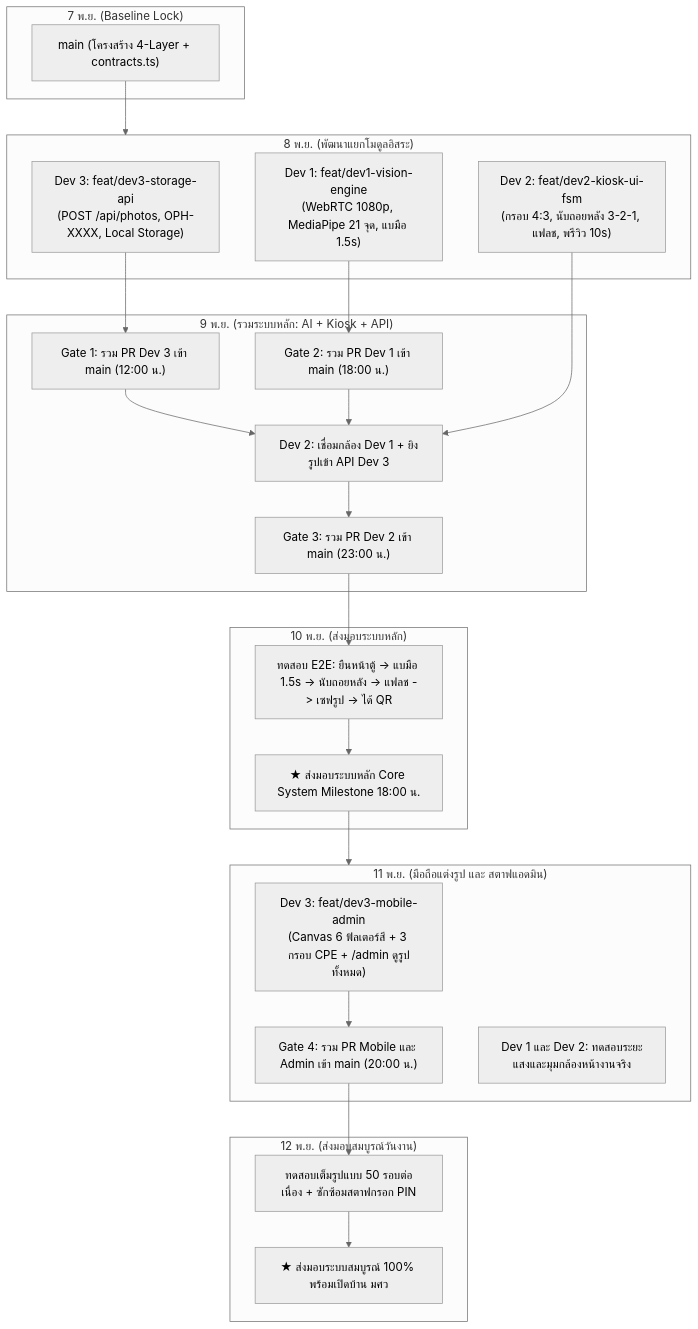
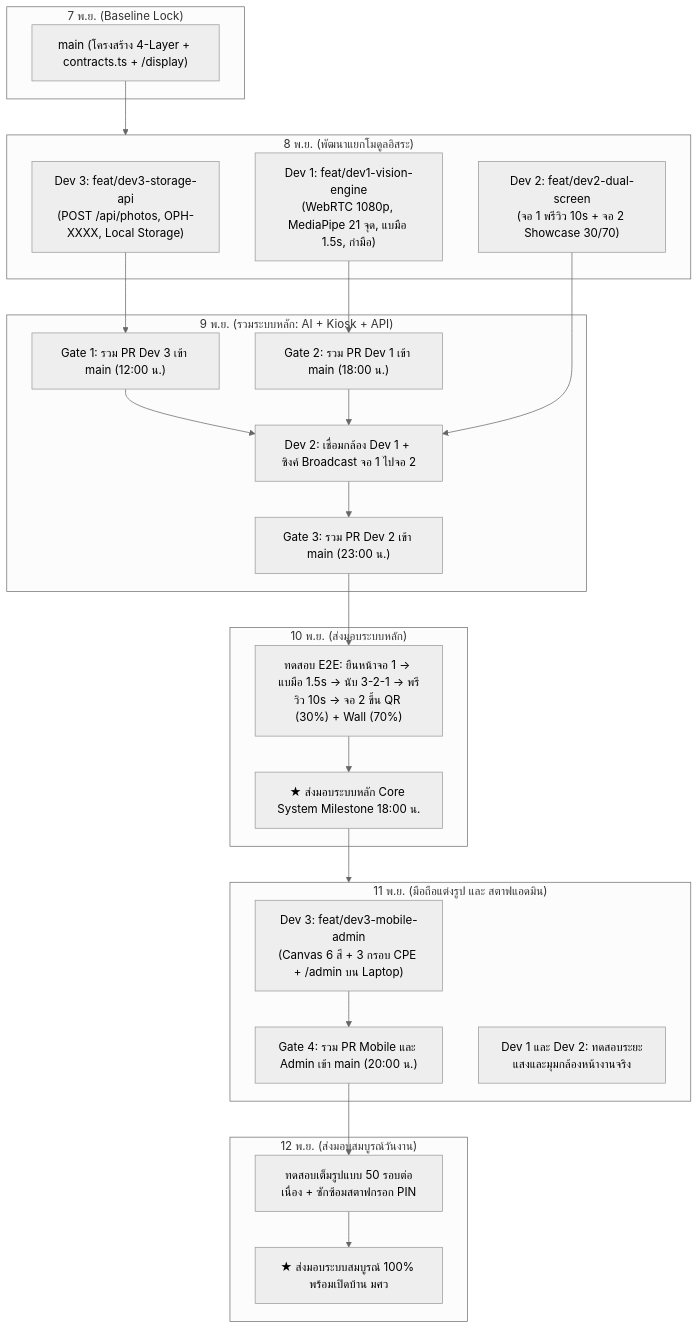
Before and after one commit to icelandz9/swu-openhouse: the second of 2 diagrams in docs/task02-architecture/team-execution-and-github-plan.md, drawn with Mermaid (neutral theme). The commit also changed other lines of this file and 13 other files, not shown here.

Commit message:
feat(arch): update docs and web scaffold for 3-screen topology (1 laptop + 2 external displays)

````diff
--- a/docs/task02-architecture/team-execution-and-github-plan.md
+++ b/docs/task02-architecture/team-execution-and-github-plan.md
@@ -173,47 +122,47 @@
 ```mermaid
 flowchart TD
     subgraph D7["7 พ.ย. (Baseline Lock)"]
-        M0["main (โครงสร้าง 4-Layer + contracts.ts)"]
+        M0["main (โครงสร้าง 4-Layer + contracts.ts + /display)"]
     end
 
     subgraph D8["8 พ.ย. (พัฒนาแยกโมดูลอิสระ)"]
         D3_1["Dev 3: feat/dev3-storage-api<br>(POST /api/photos, OPH-XXXX, Local Storage)"]
-        D1_1["Dev 1: feat/dev1-vision-engine<br>(WebRTC 1080p, MediaPipe 21 จุด, แบมือ 1.5s)"]
-        D2_1["Dev 2: feat/dev2-kiosk-ui-fsm<br>(กรอบ 4:3, นับถอยหลัง 3-2-1, แฟลช, พรีวิว 10s)"]
+        D1_1["Dev 1: feat/dev1-vision-engine<br>(WebRTC 1080p, MediaPipe 21 จุด, แบมือ 1.5s, กำมือ)"]
+        D2_1["Dev 2: feat/dev2-dual-screen<br>(จอ 1 พรีวิว 10s + จอ 2 Showcase 30/70)"]
     end
 
     subgraph D9["9 พ.ย. (รวมระบบหลัก: AI + Kiosk + API)"]
         PR_D3["Gate 1: รวม PR Dev 3 เข้า main (12:00 น.)"]
         PR_D1["Gate 2: รวม PR Dev 1 เข้า main (18:00 น.)"]
-        D2_INT["Dev 2: เชื่อมกล้อง Dev 1 + ยิงรูปเข้า API Dev 3"]
+        D2_INT["Dev 2: เชื่อมกล้อง Dev 1 + ซิงค์ Broadcast จอ 1 ไปจอ 2"]
         PR_D2["Gate 3: รวม PR Dev 2 เข้า main (23:00 น.)"]
     end
 
     subgraph D10["10 พ.ย. (ส่งมอบระบบหลัก)"]
-        CORE_TEST["ทดสอบ E2E: ยืนหน้าตู้ -> แบมือ 1.5s -> นับถอยหลัง -> แฟลช -> เซฟรูป -> ได้ QR"]
+        CORE_TEST["ทดสอบ E2E: ยืนหน้าจอ 1 -> แบมือ 1.5s -> นับ 3-2-1 -> พรีวิว 10s -> จอ 2 ขึ้น QR (30%) + Wall (70%)"]
         CORE_DELIVERY["★ ส่งมอบระบบหลัก Core System Milestone 18:00 น."]
     end
 
     subgraph D11["11 พ.ย. (มือถือแต่งรูป และ สตาฟแอดมิน)"]
-        D3_2["Dev 3: feat/dev3-mobile-admin<br>(Canvas 6 ฟิลเตอร์สี + 3 กรอบ CPE + /admin ดูรูปทั้งหมด)"]
+        D3_2["Dev 3: feat/dev3-mobile-admin<br>(Canvas 6 สี + 3 กรอบ CPE + /admin บน Laptop)"]
         PR_D3_2["Gate 4: รวม PR Mobile และ Admin เข้า main (20:00 น.)"]
         CALIBRATE["Dev 1 และ Dev 2: ทดสอบระยะแสงและมุมกล้องหน้างานจริง"]
     end
 
     subgraph D12["12 พ.ย. (ส่งมอบสมบูรณ์วันงาน)"]
         FINAL_E2E["ทดสอบเต็มรูปแบบ 50 รอบต่อเนื่อง + ซักซ้อมสตาฟกรอก PIN"]
         FINAL_DELIVERY["★ ส่งมอบระบบสมบูรณ์ 100% พร้อมเปิดบ้าน มศว"]
     end
 
     M0 --> D8
     D3_1 --> PR_D3
     D1_1 --> PR_D1
     PR_D3 --> D2_INT
     PR_D1 --> D2_INT
     D2_1 --> D2_INT
     D2_INT --> PR_D2
     PR_D2 --> CORE_TEST --> CORE_DELIVERY
     CORE_DELIVERY --> D11
     D3_2 --> PR_D3_2
     PR_D3_2 --> FINAL_E2E --> FINAL_DELIVERY
 ```
````
